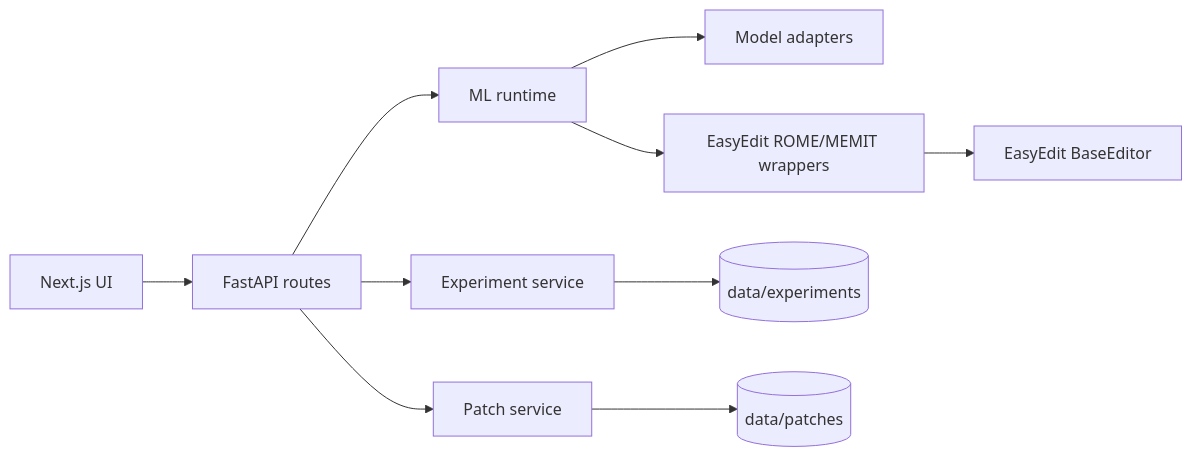
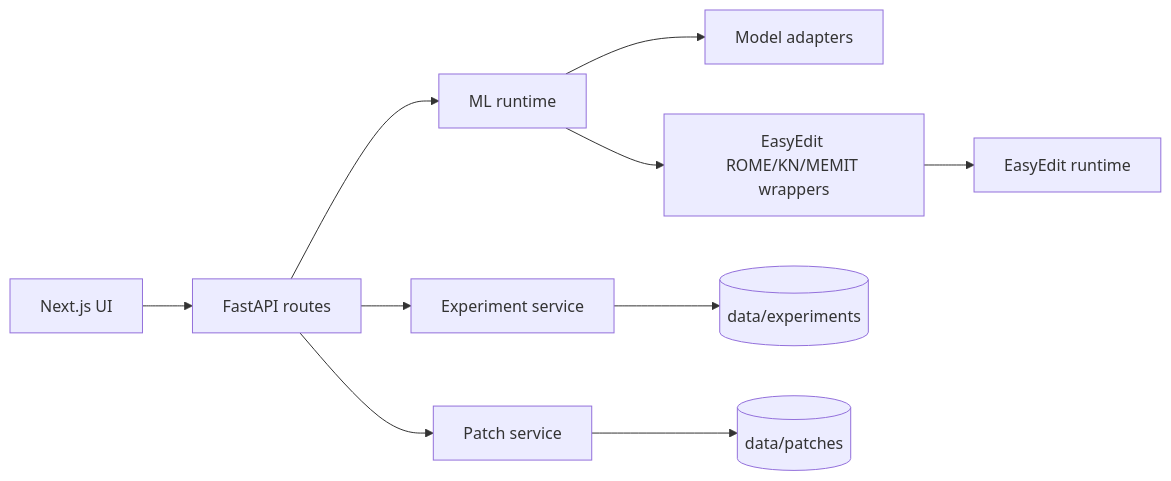
The diagram in docs/architecture.md (chihuahualee828/KE_Workbench), drawn with Mermaid before and after one commit. The commit also changed other lines of this file and 17 other files, not shown here.

Commit message:
feat(editing): add EasyEdit KN support

````diff
--- a/docs/architecture.md
+++ b/docs/architecture.md
@@ -5,12 +5,12 @@
 ```mermaid
 flowchart LR
   UI[Next.js UI] --> API[FastAPI routes]
   API --> EXP[Experiment service]
   API --> PATCH[Patch service]
   API --> ML[ML runtime]
   ML --> ADAPT[Model adapters]
-  ML --> EDIT[EasyEdit ROME/MEMIT wrappers]
-  EDIT --> EE[EasyEdit BaseEditor]
+  ML --> EDIT[EasyEdit ROME/KN/MEMIT wrappers]
+  EDIT --> EE[EasyEdit runtime]
   EXP --> FS[(data/experiments)]
   PATCH --> FS2[(data/patches)]
 ```
````
